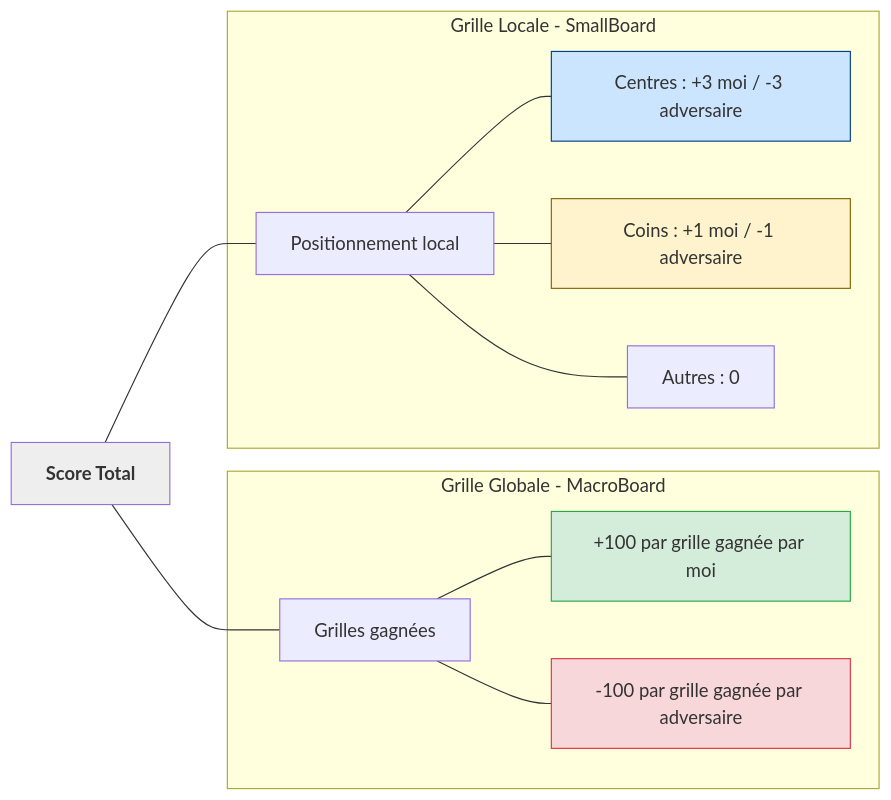
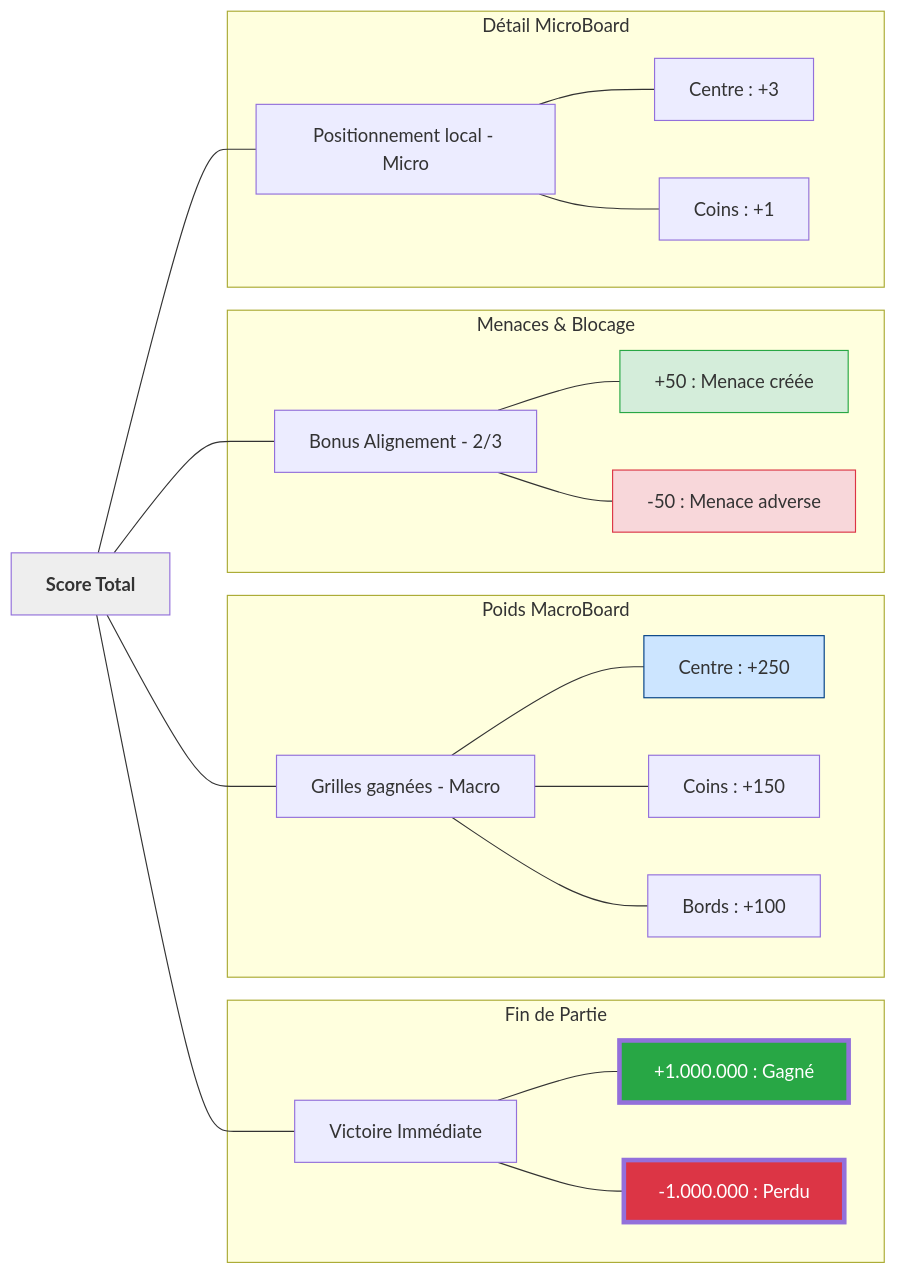
One commit to Theophile138/Ultimate-tic-tac-toe changed the diagram in evaluation_logic.mmd. Above: the diagram before and after it, drawn with Mermaid. The commit also changed 3 other files, not shown here.

```diff
--- a/evaluation_logic.mmd
+++ b/evaluation_logic.mmd
@@ -1,20 +1,33 @@
 graph LR
-    Score[Score Total] --- MacroWins[Grilles gagnées]
-    Score --- Position[Positionnement local]
+    Score[Score Total] --- WinCheck[Victoire Immédiate]
+    Score --- MacroWins[Grilles gagnées - Macro]
+    Score --- AlignBonus[Bonus Alignement - 2/3]
+    Score --- Position[Positionnement local - Micro]
     
-    subgraph MacroBoard [Grille Globale - MacroBoard]
-        MacroWins --- MeWin[+100 par grille gagnée par moi]
-        MacroWins --- OppWin[-100 par grille gagnée par adversaire]
+    subgraph Termination [Fin de Partie]
+        WinCheck --- Win[+1.000.000 : Gagné]
+        WinCheck --- Loss[-1.000.000 : Perdu]
+    end
+
+    subgraph MacroWeights [Poids MacroBoard]
+        MacroWins --- Center[Centre : +250]
+        MacroWins --- Corners[Coins : +150]
+        MacroWins --- Edges[Bords : +100]
     end
     
-    subgraph SmallBoard [Grille Locale - SmallBoard]
-        Position --- Centers[Centres : +3 moi / -3 adversaire]
-        Position --- Corners[Coins : +1 moi / -1 adversaire]
-        Position --- Others[Autres : 0]
+    subgraph Threat [Menaces & Blocage]
+        AlignBonus --- Attack[+50 : Menace créée]
+        AlignBonus --- Defense[-50 : Menace adverse]
     end
     
-    style MeWin fill:#d4edda,stroke:#28a745
-    style OppWin fill:#f8d7da,stroke:#dc3545
-    style Centers fill:#cce5ff,stroke:#004085
-    style Corners fill:#fff3cd,stroke:#856404
+    subgraph MicroBoard [Détail MicroBoard]
+        Position --- MicroCenter[Centre : +3]
+        Position --- MicroCorners[Coins : +1]
+    end
+    
+    style Win fill:#28a745,color:#fff,stroke-width:4px
+    style Loss fill:#dc3545,color:#fff,stroke-width:4px
+    style Center fill:#cce5ff,stroke:#004085
+    style Attack fill:#d4edda,stroke:#28a745
+    style Defense fill:#f8d7da,stroke:#dc3545
     style Score font-weight:bold,fill:#eee
```
